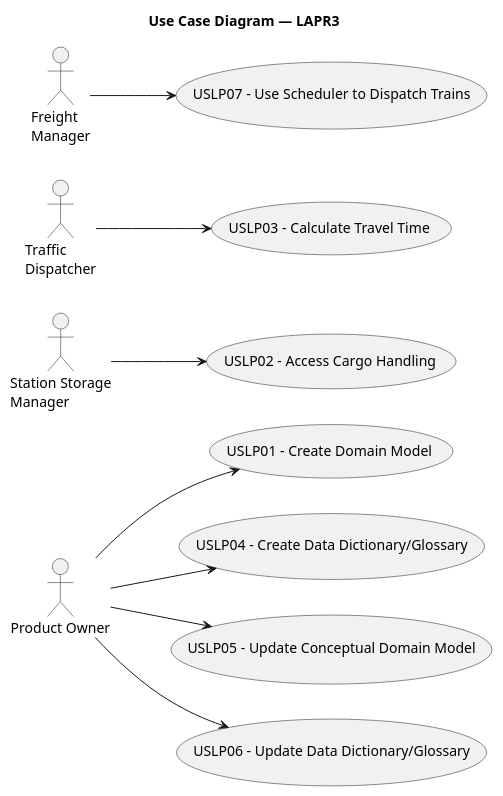
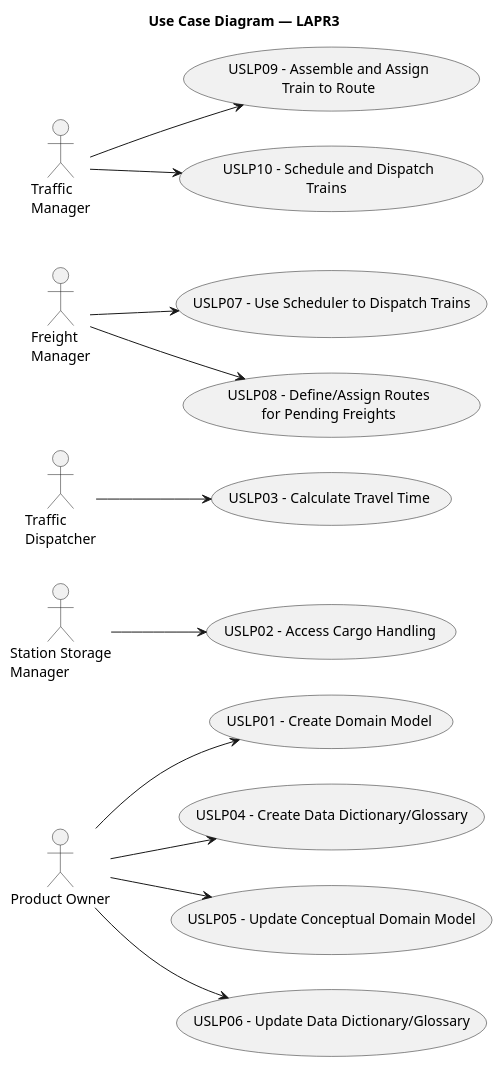
One commit to bruno-monteiro5/sem3-pi-25.26-g164-repository changed the diagram in docs/system-documentation/global-artifacts/requirements-engineering/puml/UCDLAPR.puml. Above: the diagram before and after it, drawn with PlantUML.

Commit message:
SPRINT3(docs) UCD LAPR [#86]

```diff
--- a/docs/system-documentation/global-artifacts/requirements-engineering/puml/UCDLAPR.puml
+++ b/docs/system-documentation/global-artifacts/requirements-engineering/puml/UCDLAPR.puml
@@ -1,31 +1,39 @@
 @startuml
 skinparam packageStyle rectangle
 left to right direction
 
 title Use Case Diagram — LAPR3
 
 actor "Product Owner" as PO
 actor "Station Storage\nManager" as SSM
 actor "Traffic\nDispatcher" as TD
 actor "Freight\nManager" as FM
-
+actor "Traffic\nManager" as TM
 
 usecase "USLP01 - Create Domain Model" as USLP01
 usecase "USLP02 - Access Cargo Handling" as USLP02
 usecase "USLP03 - Calculate Travel Time" as USLP03
 usecase "USLP04 - Create Data Dictionary/Glossary" as USLP04
 
 usecase "USLP05 - Update Conceptual Domain Model" as USLP05
 usecase "USLP06 - Update Data Dictionary/Glossary" as USLP06
 usecase "USLP07 - Use Scheduler to Dispatch Trains" as USLP07
 
+usecase "USLP08 - Define/Assign Routes\nfor Pending Freights" as USLP08
+usecase "USLP09 - Assemble and Assign\nTrain to Route" as USLP09
+usecase "USLP10 - Schedule and Dispatch\nTrains " as USLP10
+
 PO  --> USLP01
 PO  --> USLP04
 PO  --> USLP05
 PO  --> USLP06
 
 SSM --> USLP02
 TD  --> USLP03
 FM  --> USLP07
 
+FM  --> USLP08
+TM  --> USLP09
+TM  --> USLP10
+
 @enduml
```
